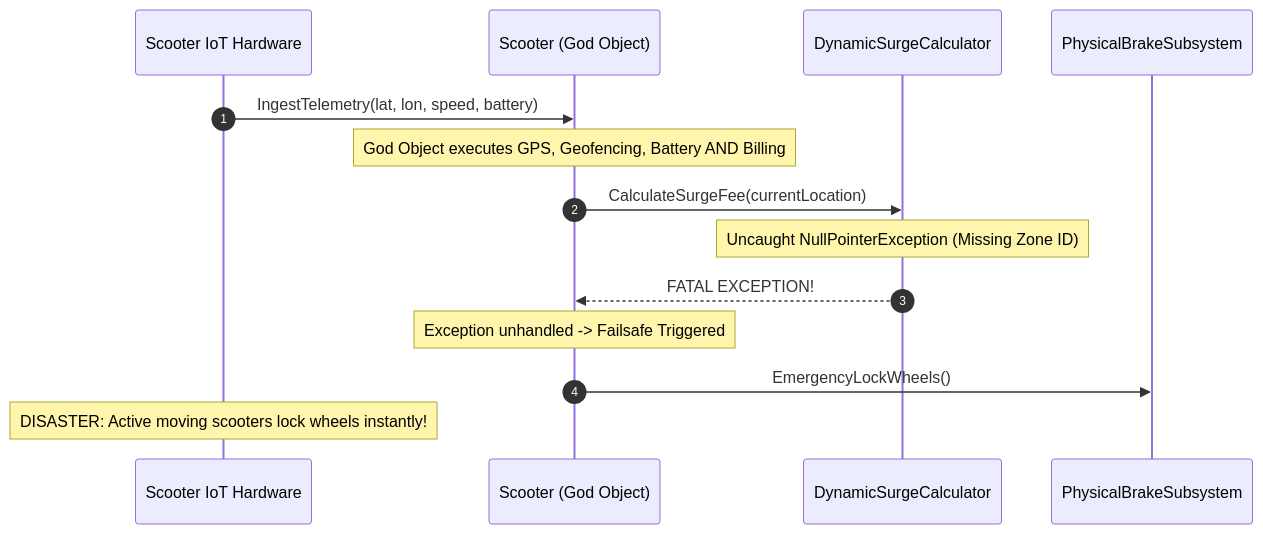
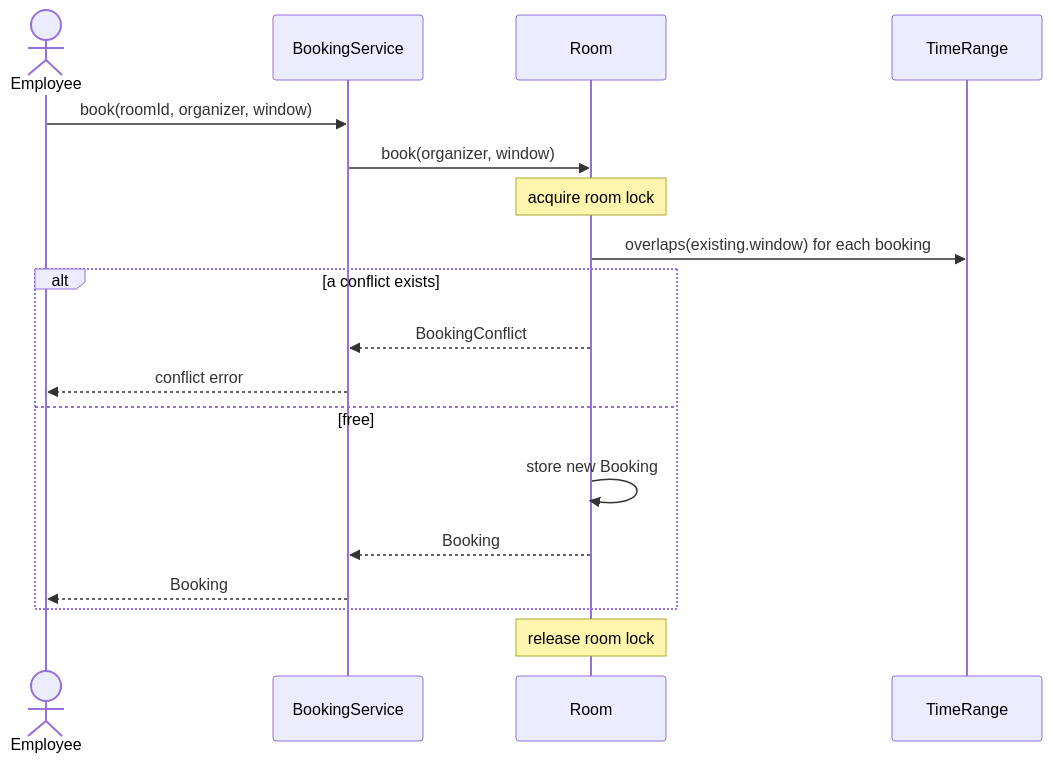
One commit to TapanKumarBarik/Backend-roadmap changed the third of 3 diagrams in content/lld/11-requirements-to-class-diagrams/README.md. Above: the diagram before and after it, drawn with Mermaid. The commit also changed other lines of this file and 68 other files, not shown here.

````diff
--- a/content/lld/11-requirements-to-class-diagrams/README.md
+++ b/content/lld/11-requirements-to-class-diagrams/README.md
@@ -194,17 +179,20 @@
 ```mermaid
 sequenceDiagram
-    autonumber
-    participant HW as Scooter IoT Hardware
-    participant God as Scooter (God Object)
-    participant Surge as DynamicSurgeCalculator
-    participant Brake as PhysicalBrakeSubsystem
-
-    HW->>God: IngestTelemetry(lat, lon, speed, battery)
-    Note over God: God Object executes GPS, Geofencing, Battery AND Billing
-    God->>Surge: CalculateSurgeFee(currentLocation)
-    Note over Surge: Uncaught NullPointerException (Missing Zone ID)
-    Surge-->>God: FATAL EXCEPTION!
-    Note over God: Exception unhandled -> Failsafe Triggered
-    God->>Brake: EmergencyLockWheels()
-    Note over HW: DISASTER: Active moving scooters lock wheels instantly!
+  actor U as Employee
+  participant S as BookingService
+  participant R as Room
+  participant T as TimeRange
+  U->>S: book(roomId, organizer, window)
+  S->>R: book(organizer, window)
+  Note over R: acquire room lock
+  R->>T: overlaps(existing.window) for each booking
+  alt a conflict exists
+    R-->>S: BookingConflict
+    S-->>U: conflict error
+  else free
+    R->>R: store new Booking
+    R-->>S: Booking
+    S-->>U: Booking
+  end
+  Note over R: release room lock
 ```
````
